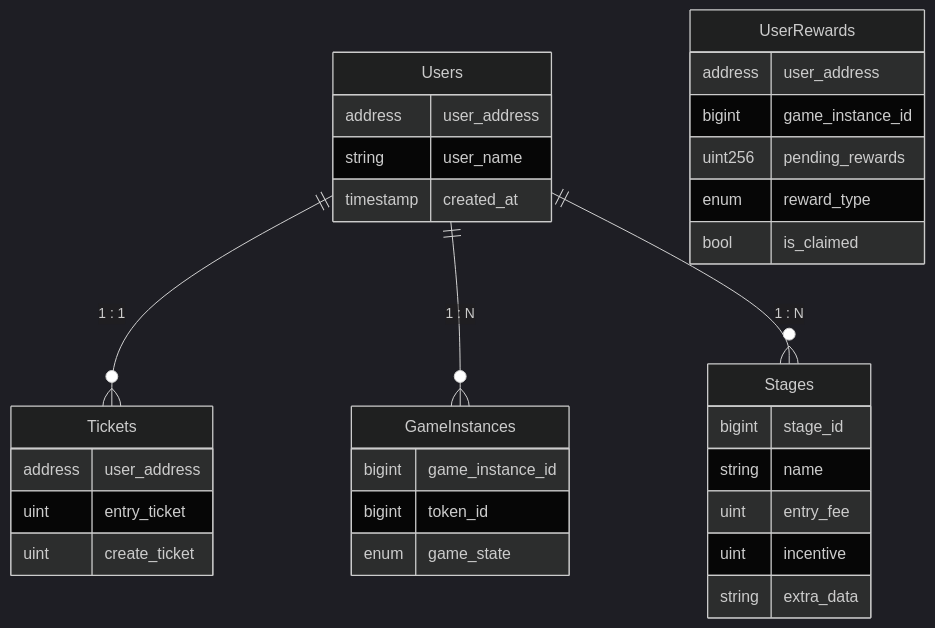
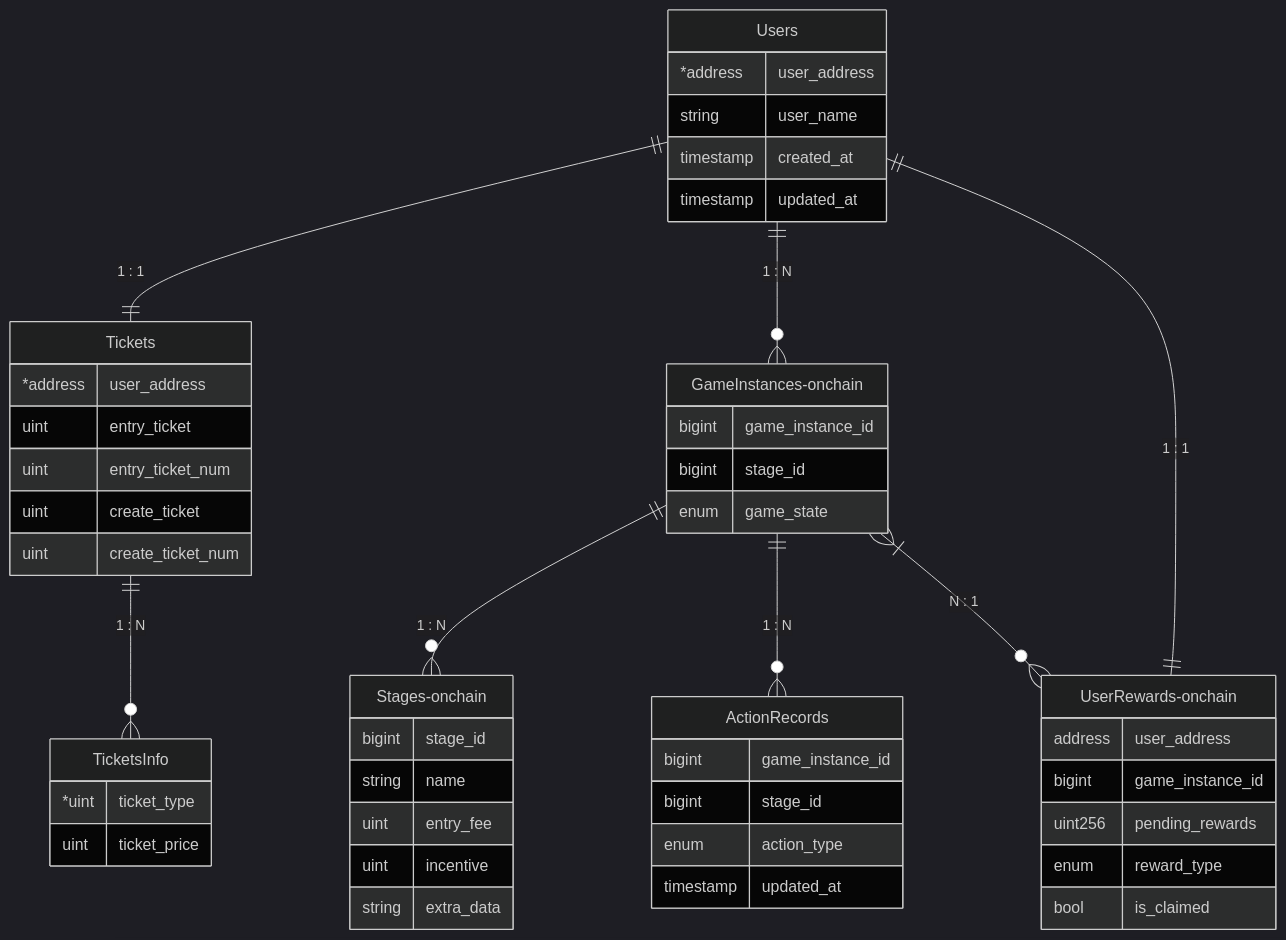
One commit to monaou/oasis2023-phasser changed the diagram in mermaid/er_diagram.md. Above: the diagram before and after it, drawn with Mermaid (dark theme). The commit also changed other lines of this file and 14 other files, not shown here.

````diff
--- a/mermaid/er_diagram.md
+++ b/mermaid/er_diagram.md
@@ -2,43 +2,62 @@
 ```mermaid
 erDiagram
-    Users ||--o{ Tickets : "1 : 1"
-    Users ||--o{ GameInstances : "1 : N"
-    Users ||--o{ Stages : "1 : N"
+    Users ||--|| Tickets : "1 : 1"
+    Tickets ||--o{ TicketsInfo : "1 : N"
+    Users ||--o{ GameInstances-onchain : "1 : N"
+    GameInstances-onchain ||--o{ Stages-onchain : "1 : N"
+    GameInstances-onchain ||--o{ ActionRecords : "1 : N"
+    Users ||--|| UserRewards-onchain : "1 : 1"
+    GameInstances-onchain}|--o{ UserRewards-onchain : "N : 1"
     
     Users {
-        address user_address 
+        *address user_address 
         string user_name 
         timestamp created_at 
+        timestamp updated_at 
     }
 
     Tickets {
-        address user_address
+        *address user_address
         uint entry_ticket
+        uint entry_ticket_num
         uint create_ticket
+        uint create_ticket_num
     }
     
-    Stages {
+    TicketsInfo {
+        *uint ticket_type
+        uint ticket_price
+    }
+    
+    Stages-onchain {
         bigint stage_id
         string name 
         uint entry_fee 
         uint incentive 
         string extra_data 
     }
     
     
-    GameInstances {
+    GameInstances-onchain {
         bigint game_instance_id 
-        bigint token_id 
+        bigint stage_id 
         enum game_state 
     }
 
-    UserRewards {
+    ActionRecords {
+        bigint game_instance_id 
+        bigint stage_id 
+        enum action_type 
+        timestamp updated_at 
+    }
+
+    UserRewards-onchain {
         address user_address 
         bigint game_instance_id 
         uint256 pending_rewards 
         enum reward_type 
         bool is_claimed 
     }
 
 
 ```
````
